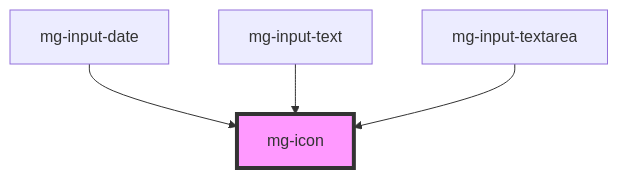
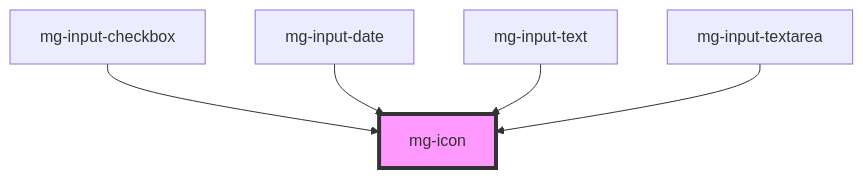
One commit to MGDIS/mg-components changed the diagram in src/components/atoms/mg-icon/readme.md. Above: the diagram before and after it, drawn with Mermaid. The commit also changed other lines of this file and 14 other files, not shown here.

Commit message:
fix(mg-input-checkbox): use locale values on readonly component

````diff
--- a/src/components/atoms/mg-icon/readme.md
+++ b/src/components/atoms/mg-icon/readme.md
@@ -25,7 +26,8 @@
 ```mermaid
 graph TD;
+  mg-input-checkbox --> mg-icon
   mg-input-date --> mg-icon
   mg-input-text --> mg-icon
   mg-input-textarea --> mg-icon
   style mg-icon fill:#f9f,stroke:#333,stroke-width:4px
 ```
````
